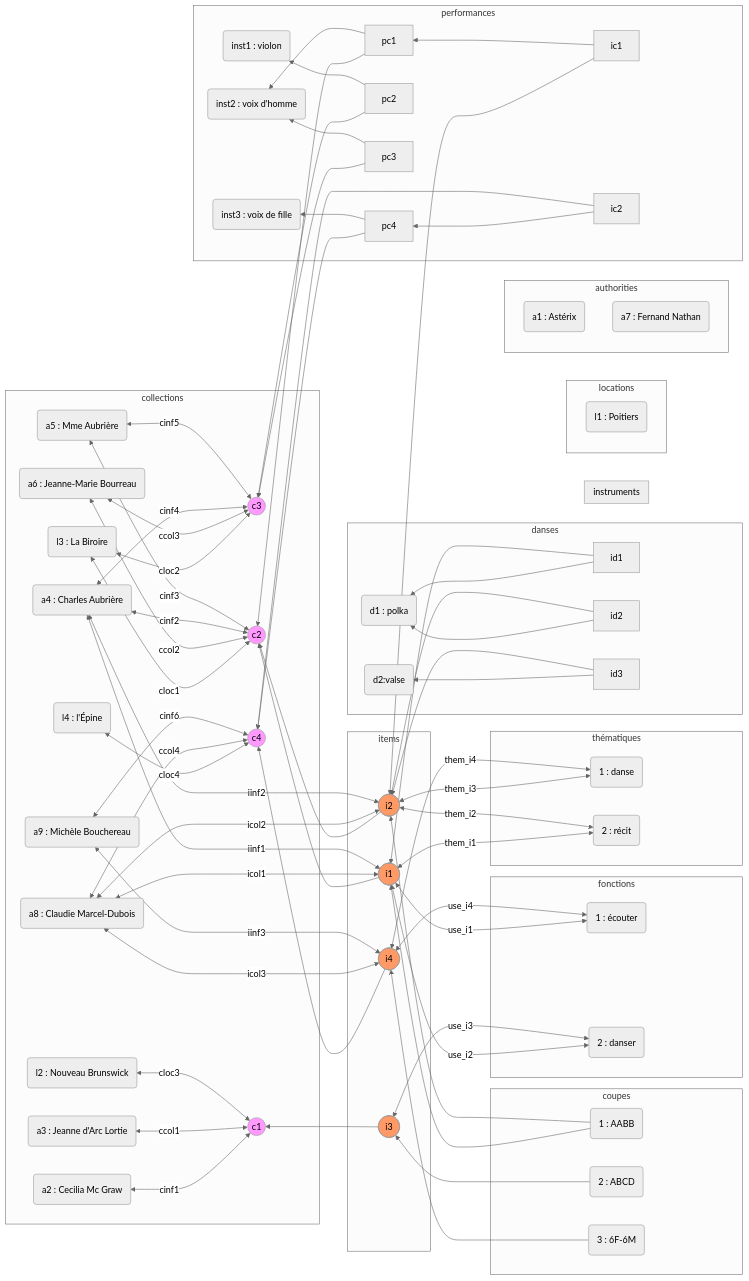
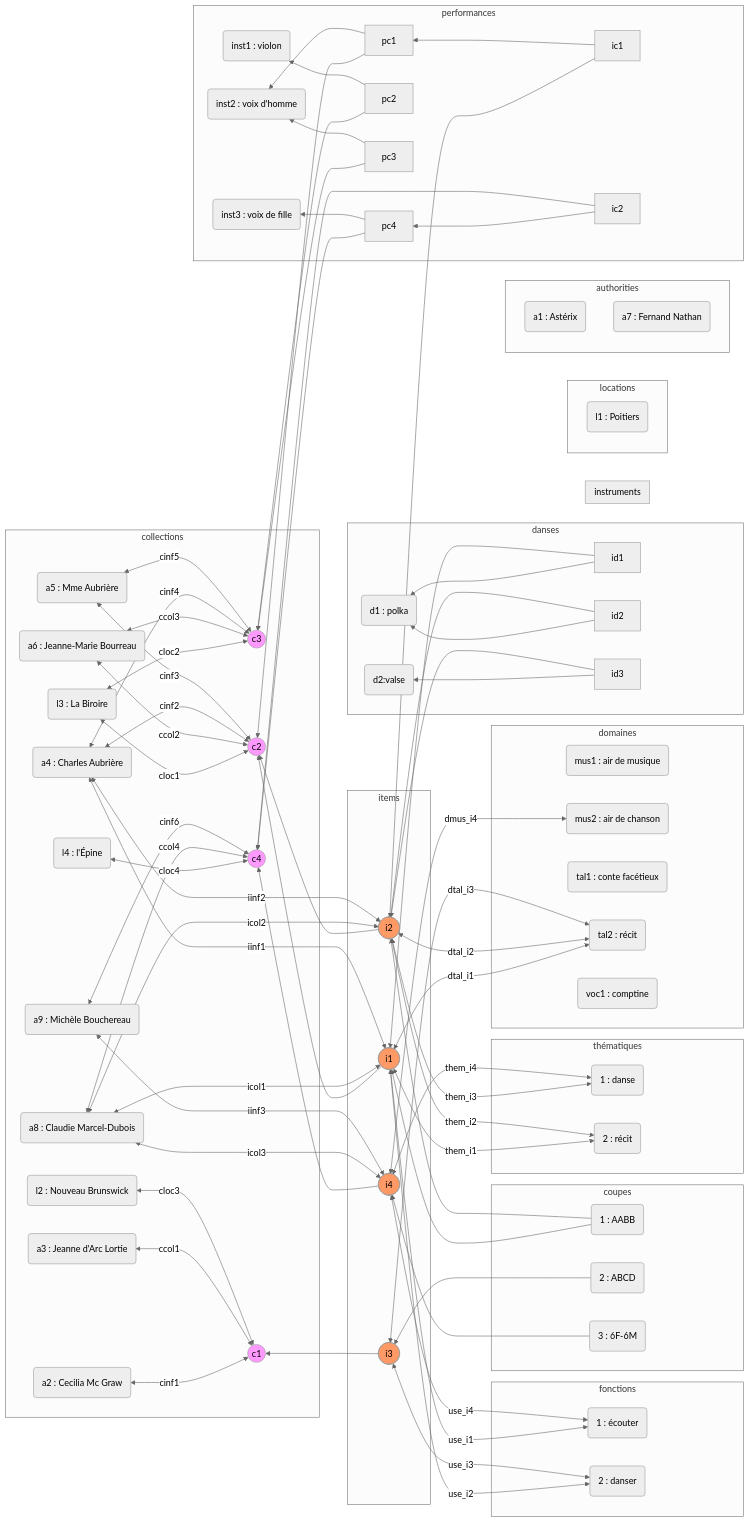
Before and after one commit to Francoralite/francoralite: the diagram in documentation/data_test.md, drawn with Mermaid. The commit also changed 8 other files, not shown here.

Commit message:
[back][search] #161 Recherche multi-critères : domain (genre) chanson, conte, musique, vocal

````diff
--- a/documentation/data_test.md
+++ b/documentation/data_test.md
@@ -125,4 +125,16 @@
     them1 <-- them_i3 --> i2
     them1 <-- them_i4 --> i4
     end
+
+    subgraph domaines
+    d_mus1(mus1 : air de musique)
+    d_mus2(mus2 : air de chanson)
+    d_mus2 <-- dmus_i4 --> i4
+    d_tal1(tal1 : conte facétieux)
+    d_tal2(tal2 : récit)
+    d_tal2<-- dtal_i1 --> i1
+    d_tal2<-- dtal_i2 --> i2
+    d_tal2<-- dtal_i3 --> i3
+    d_voc1(voc1 : comptine)
+    end
 ```
````
